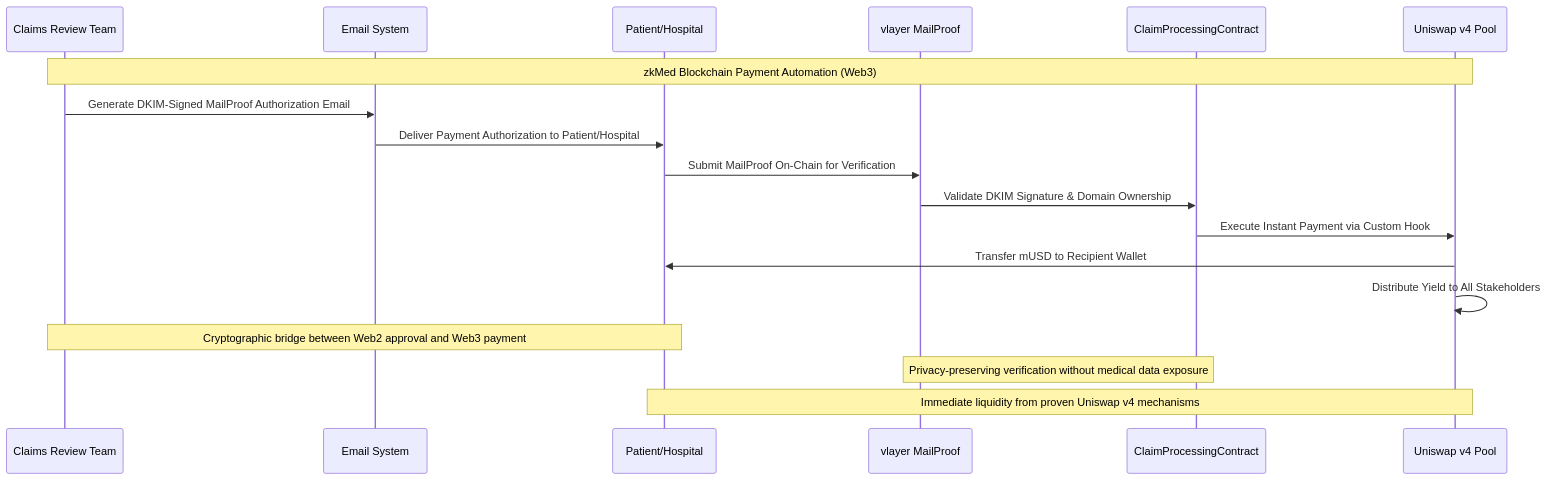
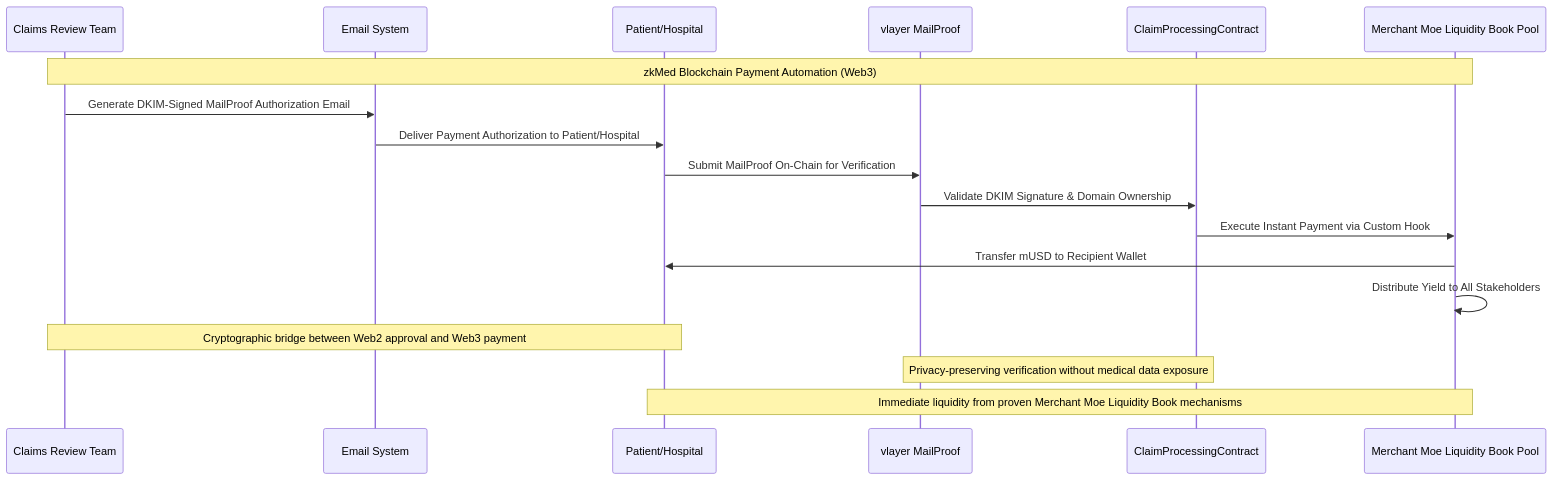
Before and after one commit to ppezzull/zkMed: the third of 4 diagrams in memory-bank/activeContext.md, drawn with Mermaid. The commit also changed other lines of this file and 3 other files, not shown here.

````diff
--- a/memory-bank/activeContext.md
+++ b/memory-bank/activeContext.md
@@ -140,22 +159,22 @@
 ```mermaid
 sequenceDiagram
     participant Review as Claims Review Team
     participant E as Email System
     participant P as Patient/Hospital
     participant V as vlayer MailProof
     participant C as ClaimProcessingContract
-    participant U as Uniswap v4 Pool
+    participant LB as Merchant Moe Liquidity Book Pool
 
-    Note over Review,U: zkMed Blockchain Payment Automation (Web3)
+    Note over Review,LB: zkMed Blockchain Payment Automation (Web3)
     Review->>E: Generate DKIM-Signed MailProof Authorization Email
     E->>P: Deliver Payment Authorization to Patient/Hospital
     P->>V: Submit MailProof On-Chain for Verification
     V->>C: Validate DKIM Signature & Domain Ownership
-    C->>U: Execute Instant Payment via Custom Hook
-    U->>P: Transfer mUSD to Recipient Wallet
-    U->>U: Distribute Yield to All Stakeholders
+    C->>LB: Execute Instant Payment via Custom Hook
+    LB->>P: Transfer mUSD to Recipient Wallet
+    LB->>LB: Distribute Yield to All Stakeholders
     
     Note over Review,P: Cryptographic bridge between Web2 approval and Web3 payment
     Note over V,C: Privacy-preserving verification without medical data exposure
-    Note over U,P: Immediate liquidity from proven Uniswap v4 mechanisms
+    Note over LB,P: Immediate liquidity from proven Merchant Moe Liquidity Book mechanisms
 ```
````
